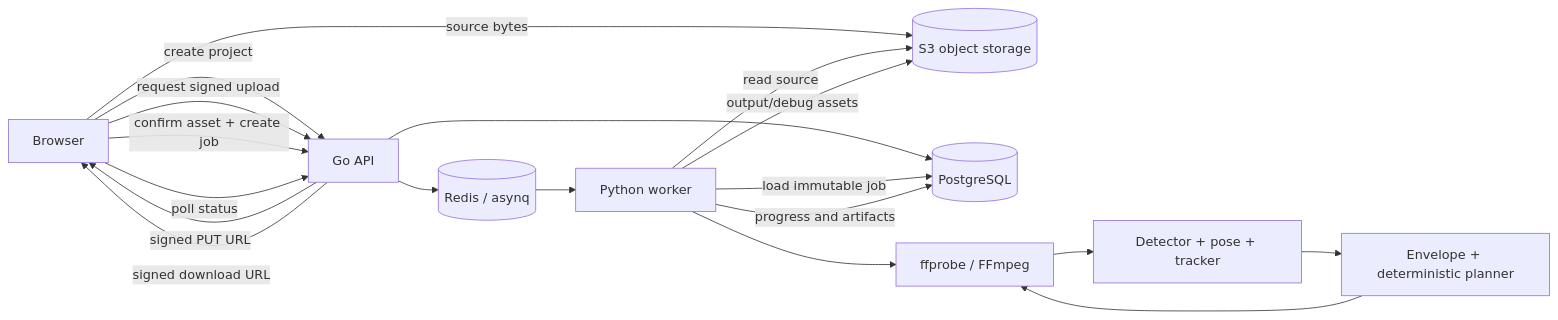
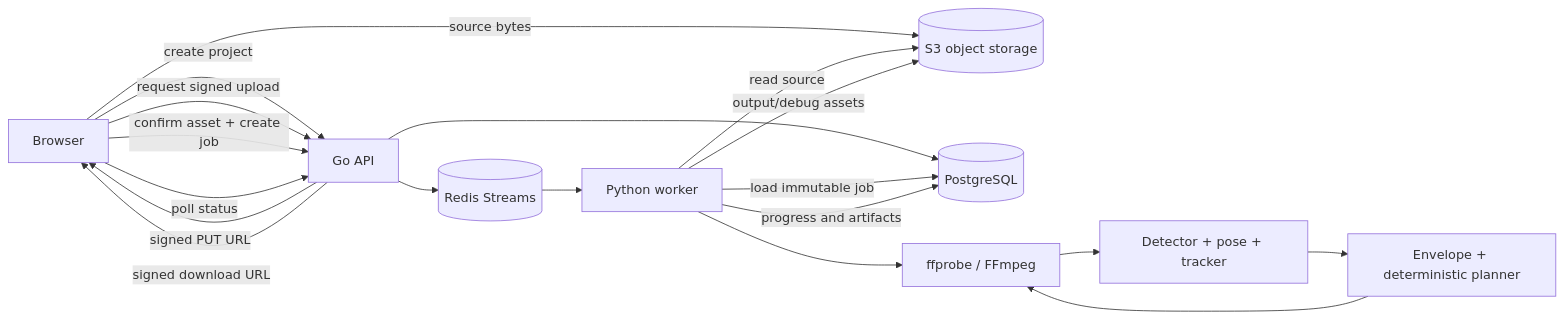
Before and after one commit to o0O96O0o/boulder-frame: the diagram in docs/architecture/service-implementation-plan.md, drawn with Mermaid. The commit also changed other lines of this file and 45 other files, not shown here.

````diff
--- a/docs/architecture/service-implementation-plan.md
+++ b/docs/architecture/service-implementation-plan.md
@@ -176,21 +178,21 @@
 ```mermaid
 flowchart LR
     U[Browser] -->|create project| API[Go API]
     U -->|request signed upload| API
     API -->|signed PUT URL| U
     U -->|source bytes| OBJ[(S3 object storage)]
     U -->|confirm asset + create job| API
     API --> DB[(PostgreSQL)]
-    API --> REDIS[(Redis / asynq)]
+    API --> REDIS[(Redis Streams)]
     REDIS --> WORKER[Python worker]
     WORKER -->|load immutable job| DB
     WORKER -->|read source| OBJ
     WORKER --> MEDIA[ffprobe / FFmpeg]
     MEDIA --> CV[Detector + pose + tracker]
     CV --> PLAN[Envelope + deterministic planner]
     PLAN --> MEDIA
     WORKER -->|progress and artifacts| DB
     WORKER -->|output/debug assets| OBJ
     U -->|poll status| API
     API -->|signed download URL| U
 ```
````
